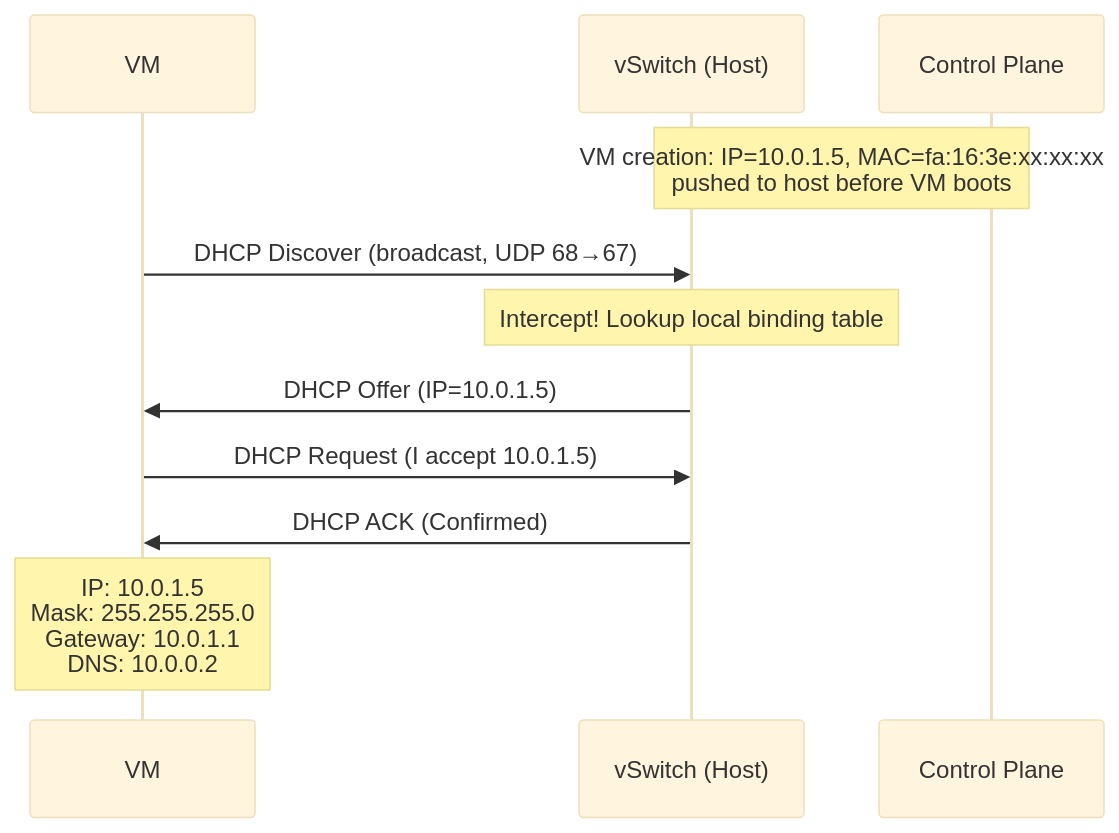
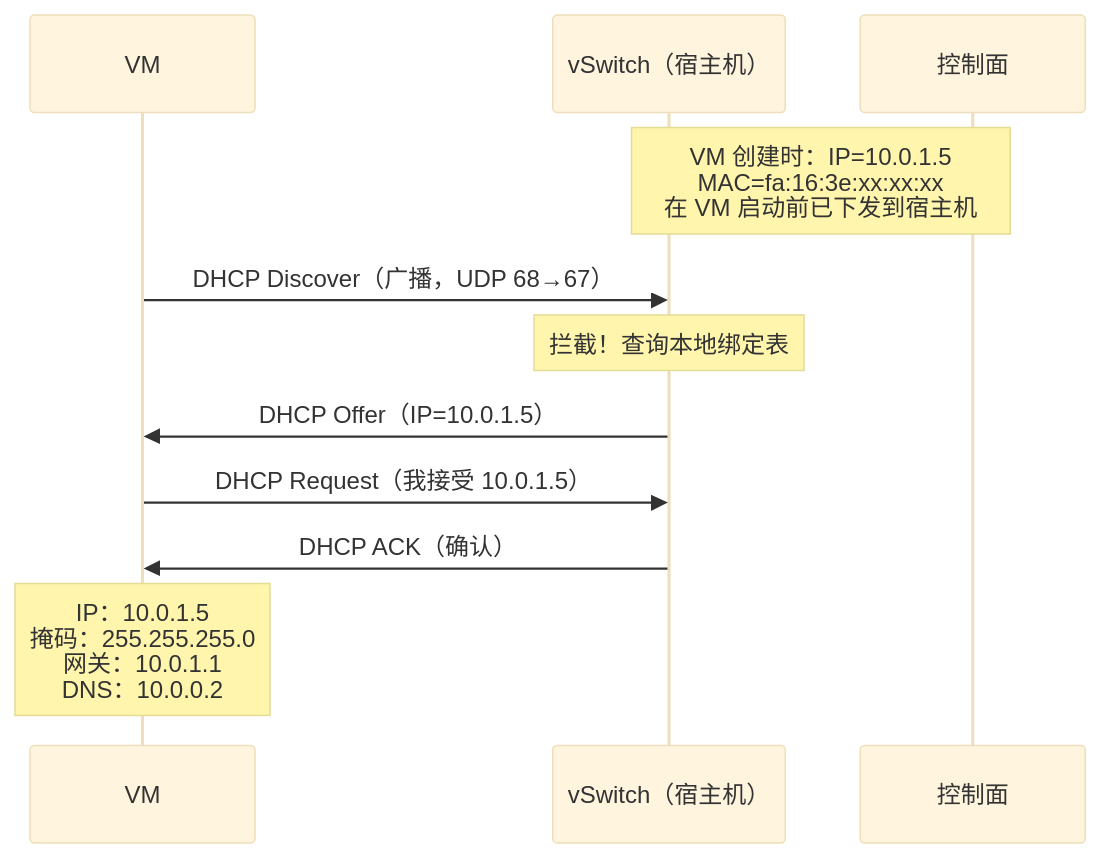
Before and after one commit to caozhiyi/network-book: the first of 5 diagrams in docs/11.VPC内的基础网络服务DHCP与DNS与元数据与弹性网卡.md, drawn with Mermaid (base theme). The commit also changed other lines of this file and 77 other files, not shown here.

````diff
--- a/docs/11.VPC内的基础网络服务DHCP与DNS与元数据与弹性网卡.md
+++ b/docs/11.VPC内的基础网络服务DHCP与DNS与元数据与弹性网卡.md
@@ -34,16 +34,16 @@
 ```mermaid
 sequenceDiagram
     participant VM as VM
-    participant vSwitch as vSwitch (Host)
-    participant CP as Control Plane
+    participant vSwitch as vSwitch（宿主机）
+    participant CP as 控制面
 
-    Note over CP,vSwitch: VM creation: IP=10.0.1.5, MAC=fa:16:3e:xx:xx:xx<br/>pushed to host before VM boots
+    Note over CP,vSwitch: VM 创建时：IP=10.0.1.5<br/>MAC=fa:16:3e:xx:xx:xx<br/>在 VM 启动前已下发到宿主机
 
-    VM->>vSwitch: DHCP Discover (broadcast, UDP 68→67)
-    Note over vSwitch: Intercept! Lookup local binding table
-    vSwitch->>VM: DHCP Offer (IP=10.0.1.5)
-    VM->>vSwitch: DHCP Request (I accept 10.0.1.5)
-    vSwitch->>VM: DHCP ACK (Confirmed)
+    VM->>vSwitch: DHCP Discover（广播，UDP 68→67）
+    Note over vSwitch: 拦截！查询本地绑定表
+    vSwitch->>VM: DHCP Offer（IP=10.0.1.5）
+    VM->>vSwitch: DHCP Request（我接受 10.0.1.5）
+    vSwitch->>VM: DHCP ACK（确认）
 
-    Note over VM: IP: 10.0.1.5<br/>Mask: 255.255.255.0<br/>Gateway: 10.0.1.1<br/>DNS: 10.0.0.2
+    Note over VM: IP：10.0.1.5<br/>掩码：255.255.255.0<br/>网关：10.0.1.1<br/>DNS：10.0.0.2
 ```
````
